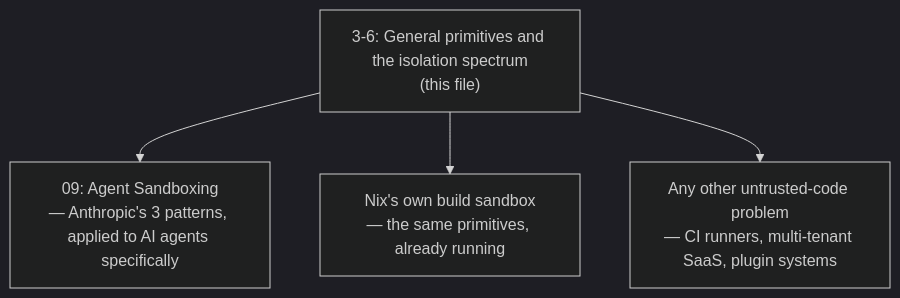
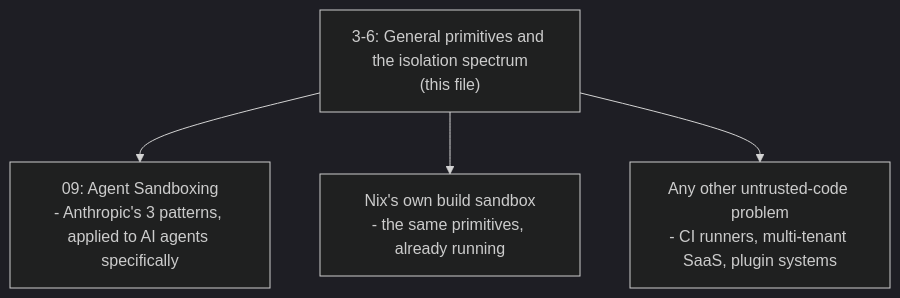
Before and after one commit to ehcastroh-teach/START_HERE: the second of 2 diagrams in Resources/Agent Best Practices/12-sandboxing.md, drawn with Mermaid (dark theme). The commit also changed other lines of this file and 16 other files, not shown here.

````diff
--- a/Resources/Agent Best Practices/12-sandboxing.md
+++ b/Resources/Agent Best Practices/12-sandboxing.md
@@ -98,6 +98,6 @@
 ```mermaid
 flowchart TD
-    A["3-6: General primitives and the isolation spectrum<br/>(this file)"] --> B["09: Agent Sandboxing<br/>— Anthropic's 3 patterns, applied to AI agents specifically"]
-    A --> C[Nix's own build sandbox<br/>— the same primitives, already running]
-    A --> D[Any other untrusted-code problem<br/>— CI runners, multi-tenant SaaS, plugin systems]
+    A["3-6: General primitives and the isolation spectrum<br/>(this file)"] --> B["09: Agent Sandboxing<br/>- Anthropic's 3 patterns, applied to AI agents specifically"]
+    A --> C[Nix's own build sandbox<br/>- the same primitives, already running]
+    A --> D[Any other untrusted-code problem<br/>- CI runners, multi-tenant SaaS, plugin systems]
 ```
````
